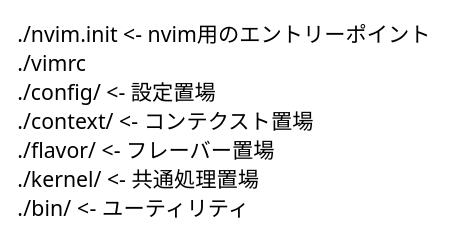
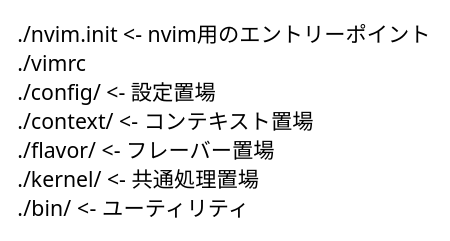
Before and after one commit to hajimemat/vimrc-framework: the first of 4 diagrams in README.md, drawn with PlantUML. The commit also changed other lines of this file, not shown here.

Commit message:
Fix typo in README.md

````diff
--- a/README.md
+++ b/README.md
@@ -59,16 +59,16 @@
 ```plantuml
 @startuml
 salt
 {
   {T
     + ./nvim.init <- nvim用のエントリーポイント
     + ./vimrc
     + ./config/ <- 設定置場
-    + ./context/ <- コンテクスト置場
+    + ./context/ <- コンテキスト置場
     + ./flavor/ <- フレーバー置場
     + ./kernel/ <- 共通処理置場
     + ./bin/ <- ユーティリティ
   }
 }
 @enduml
 ```
````
